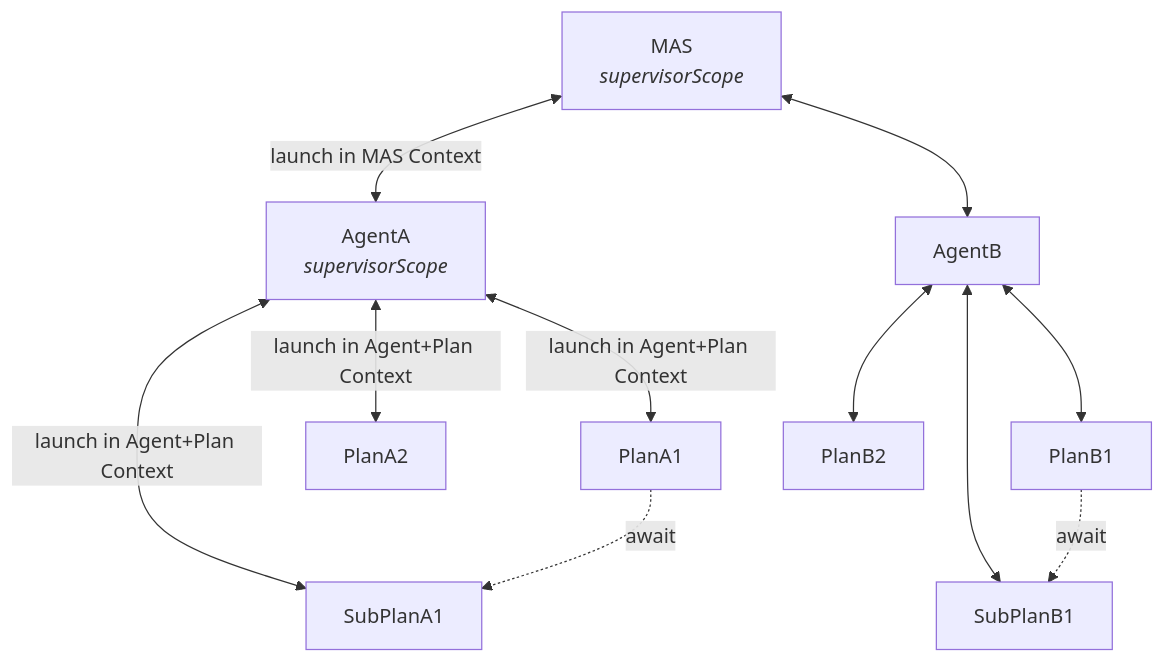
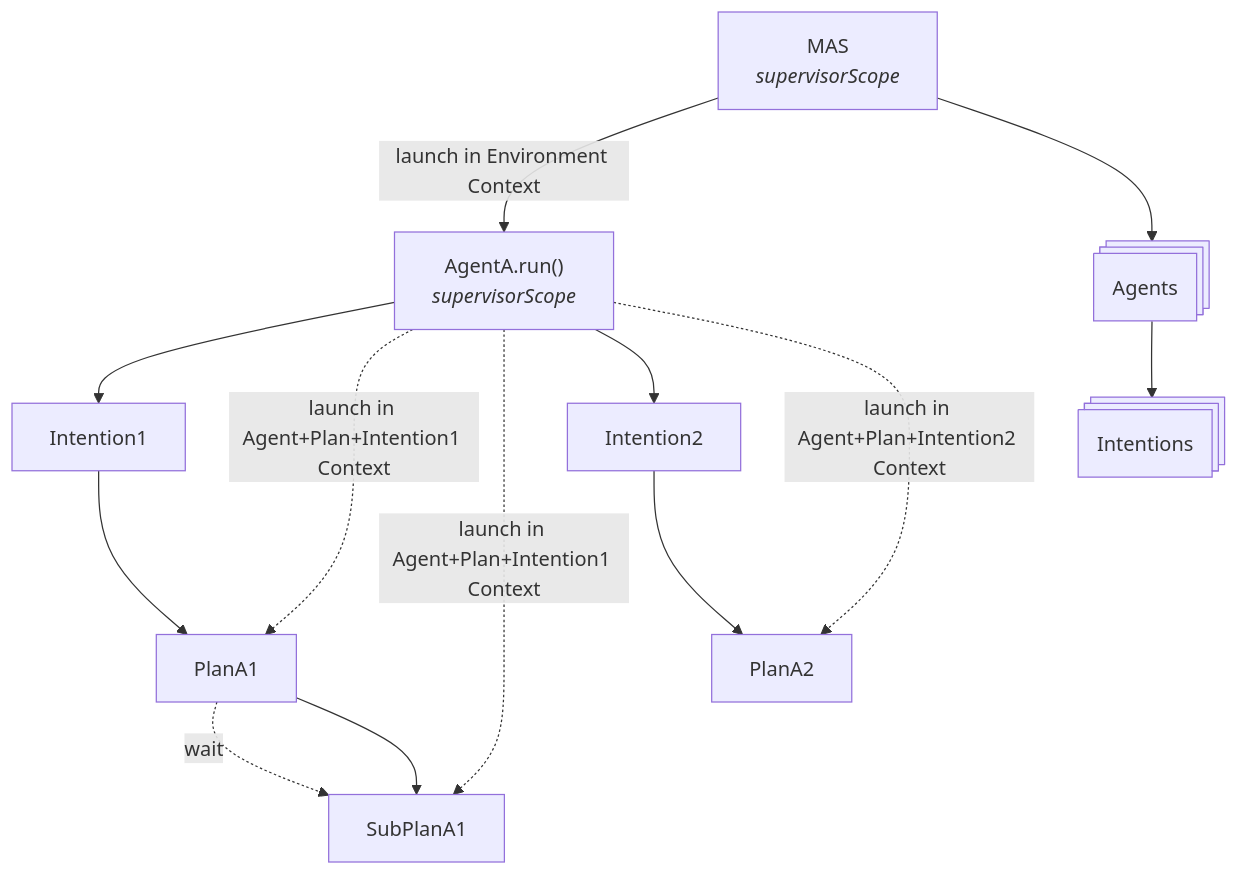
One commit to samubura/kotlin-coroutines-scheduling changed the diagram in README.md. Above: the diagram before and after it, drawn with Mermaid. The commit also changed other lines of this file, not shown here.

````diff
--- a/README.md
+++ b/README.md
@@ -6,21 +10,26 @@
 ```mermaid
 flowchart TD
 MAS["`MAS
     *supervisorScope*`"]
 
-AgentA["`AgentA
+AgentA["`AgentA.run()
     *supervisorScope*`"]
 
+    MAS -->|launch in Environment Context| AgentA
 
-    MAS <-->|launch in MAS Context| AgentA
-    MAS <--> AgentB
-    AgentA <-->|launch in Agent+Plan Context| PlanA1
-    AgentA <-->|launch in Agent+Plan Context| PlanA2
-    AgentA <-->|launch in Agent+Plan Context| SubPlanA1
-    PlanA1-.->|await| SubPlanA1
+    AgentA --> Intention1
+    Intention1 --> PlanA1
+    AgentA -.->|launch in Agent+Plan+Intention1 Context| PlanA1
+    AgentA -.->|launch in Agent+Plan+Intention1 Context| SubPlanA1
+    PlanA1-.->|wait| SubPlanA1
+    PlanA1 --> SubPlanA1
 
-    AgentB <--> PlanB1
-    AgentB <--> PlanB2
-    AgentB <--> SubPlanB1
-    PlanB1-.->|await| SubPlanB1
+    AgentA --> Intention2
+    AgentA -.->|launch in Agent+Plan+Intention2 Context| PlanA2
+    Intention2 --> PlanA2
+   
+    
+    MAS --> AB@{ shape: procs, label: "Agents"}
+    AB -->  D@{ shape: procs, label: "Intentions"}
+    
 ```
````
